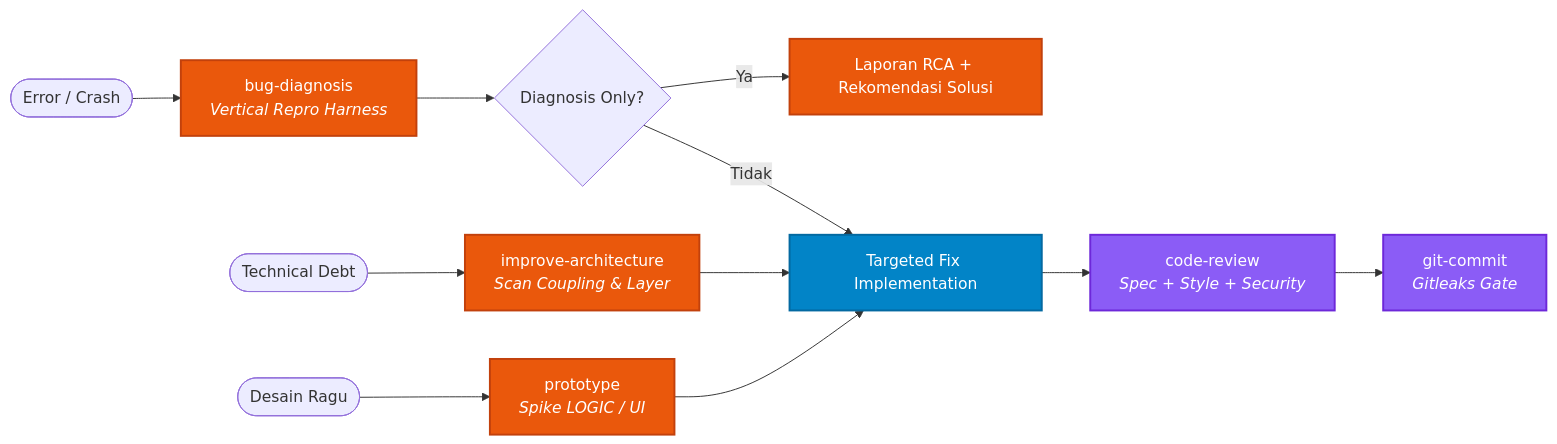
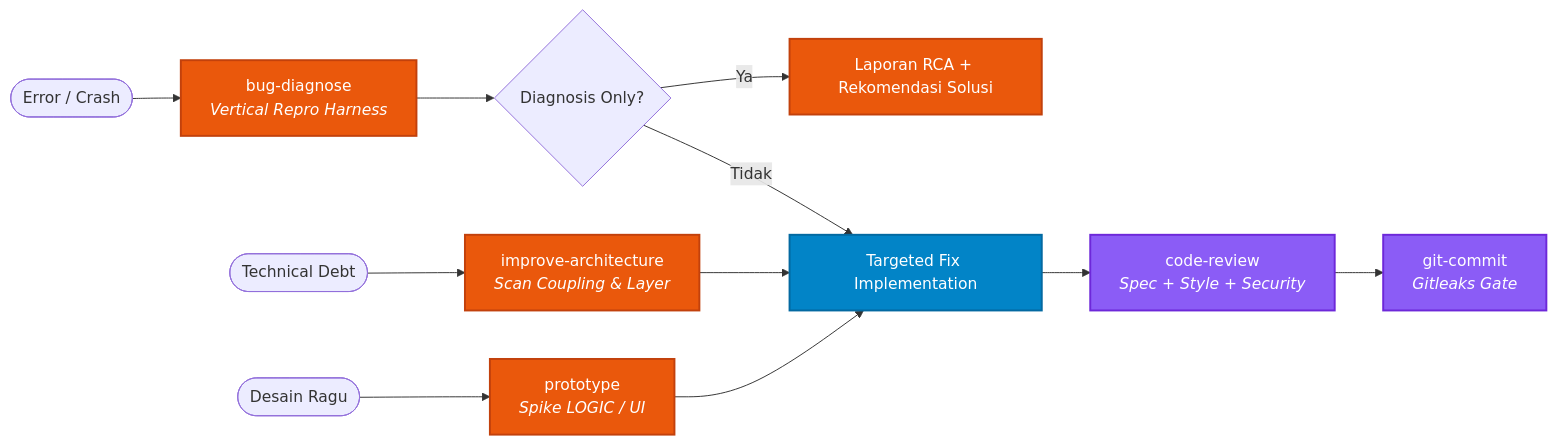
One commit to Divarizky/dev-workflow-skills changed the third of 4 diagrams in README.md. Above: the diagram before and after it, drawn with Mermaid. The commit also changed other lines of this file and 9 other files, not shown here.

Commit message:
refactor(skills/dev): rename skill bug-diagnosis menjadi bug-diagnose

````diff
--- a/README.md
+++ b/README.md
@@ -154,20 +154,20 @@
 ```mermaid
 flowchart LR
     classDef diag fill:#ea580c,stroke:#c2410c,stroke-width:2px,color:#fff;
     classDef fix fill:#0284c7,stroke:#0369a1,stroke-width:2px,color:#fff;
     classDef gate fill:#8b5cf6,stroke:#6d28d9,stroke-width:2px,color:#fff;
 
-    ERR([Error / Crash]) --> BUG[bug-diagnosis<br/><i>Vertical Repro Harness</i>]:::diag
+    ERR([Error / Crash]) --> BUG[bug-diagnose<br/><i>Vertical Repro Harness</i>]:::diag
     BUG --> ROOT{Diagnosis Only?}
     ROOT -->|Ya| REPORT[Laporan RCA + Rekomendasi Solusi]:::diag
     ROOT -->|Tidak| FIX[Targeted Fix Implementation]:::fix
     
     DEBT([Technical Debt]) --> ARCH[improve-architecture<br/><i>Scan Coupling & Layer</i>]:::diag
     ARCH --> FIX
 
     SPIKE([Desain Ragu]) --> PROTO[prototype<br/><i>Spike LOGIC / UI</i>]:::diag
     PROTO --> FIX
 
     FIX --> REV[code-review<br/><i>Spec + Style + Security</i>]:::gate
     REV --> GIT[git-commit<br/><i>Gitleaks Gate</i>]:::gate
 ```
````
